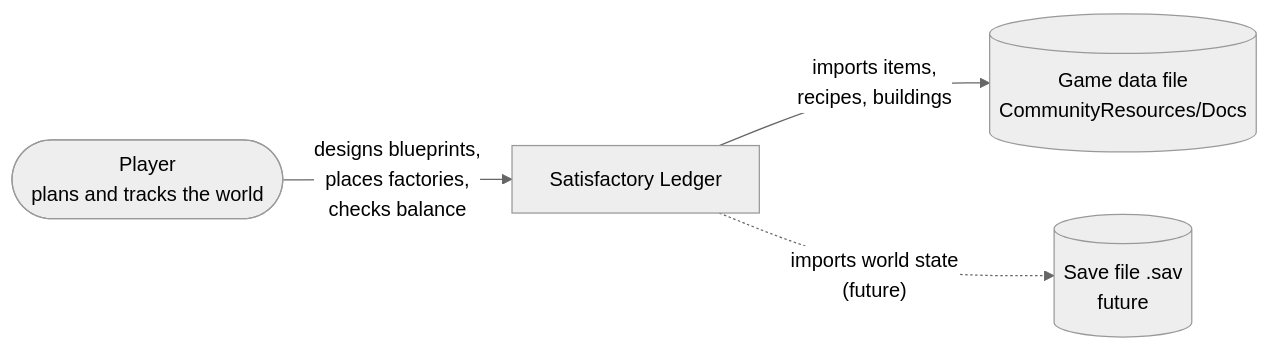
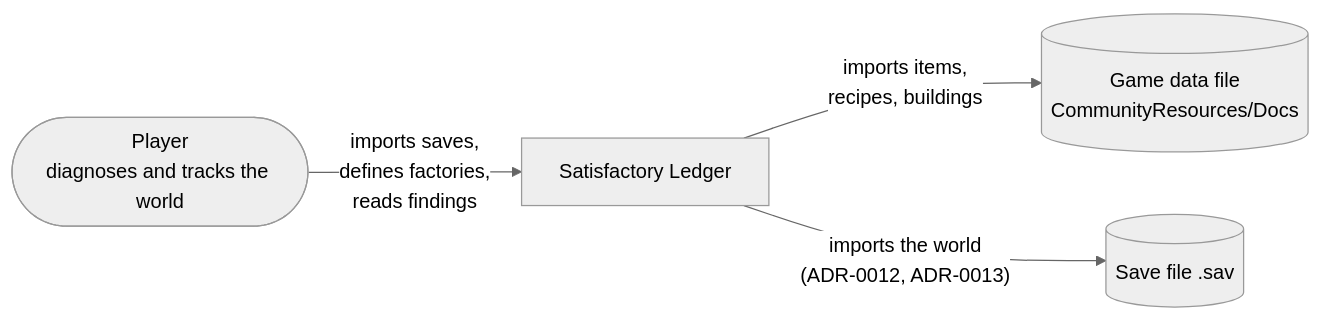
Before and after one commit to tmaartent/SatisfactoryLedger: the first of 3 diagrams in docs/architecture/overview.md, drawn with Mermaid (neutral theme). The commit also changed other lines of this file and 52 other files, not shown here.

First line of the commit message:
feat(world): world graph and factory members traced from the output belt

````diff
--- a/docs/architecture/overview.md
+++ b/docs/architecture/overview.md
@@ -18,11 +18,11 @@
 ```mermaid
 flowchart LR
-    player([Player<br/>plans and tracks the world])
+    player([Player<br/>diagnoses and tracks the world])
     ledger[Satisfactory Ledger]
     docs[(Game data file<br/>CommunityResources/Docs)]
-    save[(Save file .sav<br/>future)]
+    save[(Save file .sav)]
 
-    player -- "designs blueprints,<br/>places factories,<br/>checks balance" --> ledger
+    player -- "imports saves,<br/>defines factories,<br/>reads findings" --> ledger
     ledger -- "imports items,<br/>recipes, buildings" --> docs
-    ledger -. "imports world state<br/>(future)" .-> save
+    ledger -- "imports the world<br/>(ADR-0012, ADR-0013)" --> save
 ```
````
